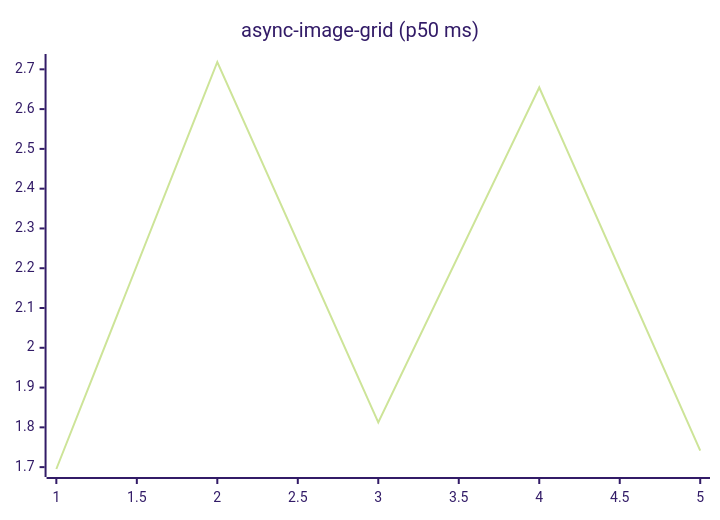
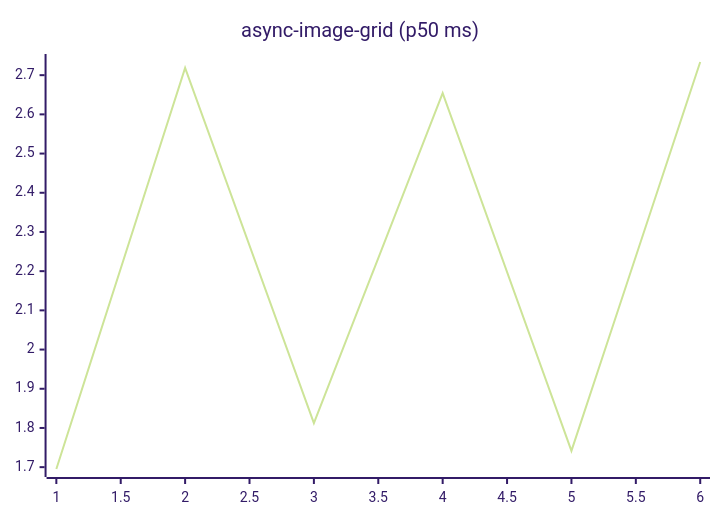
One commit to josha/Facet changed the fifth of 27 diagrams in README.md. Above: the diagram before and after it, drawn with Mermaid (forest theme). The commit also changed other lines of this file and 2 other files, not shown here.

````diff
--- a/README.md
+++ b/README.md
@@ -91,6 +91,6 @@
 ```mermaid
 xychart-beta
     title "async-image-grid (p50 ms)"
-    x-axis 1 --> 5
-    line [1.6953, 2.7184, 1.8124, 2.6543, 1.7415]
+    x-axis 1 --> 6
+    line [1.6953, 2.7184, 1.8124, 2.6543, 1.7415, 2.7336]
 ```
````
